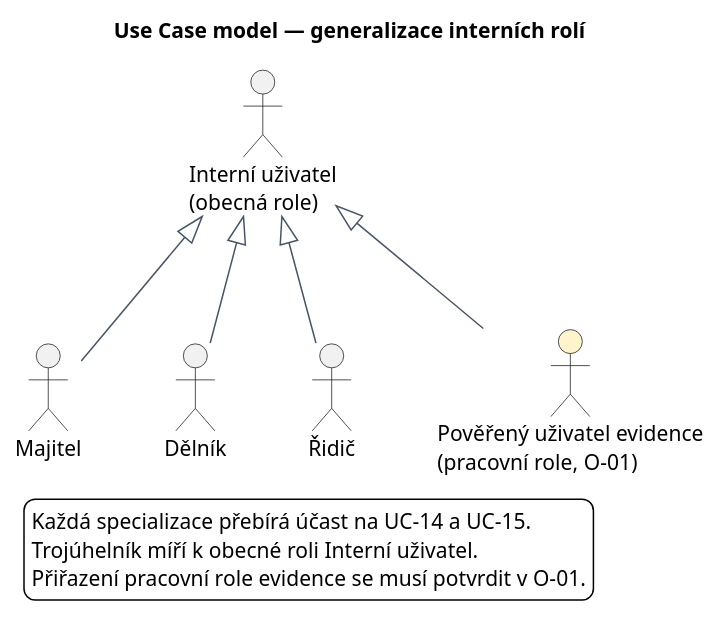
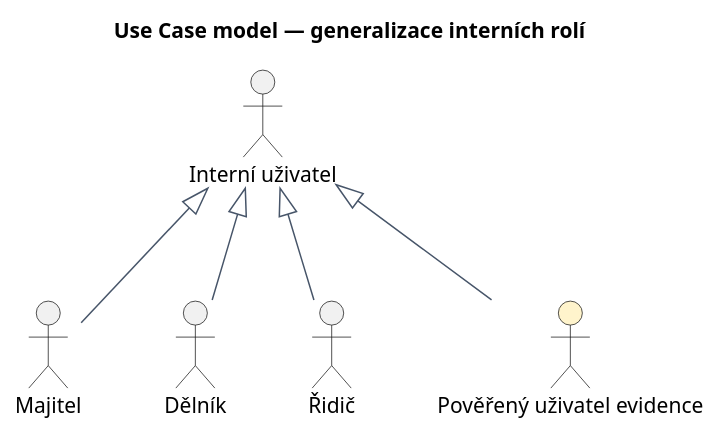
Before and after one commit to ku3m0v/nnpsw-delivery-planning: the diagram in diagrams/use-case/actor-generalization.puml, drawn with PlantUML. The commit also changed 5 other files, not shown here.

```diff
--- a/diagrams/use-case/actor-generalization.puml
+++ b/diagrams/use-case/actor-generalization.puml
@@ -1,37 +1,32 @@
 @startuml
 top to bottom direction
 
 skinparam backgroundColor white
 skinparam defaultFontName SansSerif
 skinparam defaultFontSize 14
 skinparam shadowing false
 skinparam actorStyle stickman
 skinparam linetype polyline
 skinparam nodesep 55
 skinparam ranksep 75
 skinparam ArrowColor #475569
 
 title Use Case model — generalizace interních rolí
 
-actor "Interní uživatel\n(obecná role)" as Employee
+actor "Interní uživatel" as Employee
 actor "Majitel" as Owner
 actor "Dělník" as Worker
 actor "Řidič" as Driver
-actor "Pověřený uživatel evidence\n(pracovní role, O-01)" as RecordsUser #FFF4CC
+actor "Pověřený uživatel evidence" as RecordsUser #FFF4CC
 
 Employee <|-- Owner
 Employee <|-- Worker
 Employee <|-- Driver
 Employee <|-- RecordsUser
 
 ' Hidden links give the specialized roles a stable left-to-right order.
 Owner -[hidden]right- Worker
 Worker -[hidden]right- Driver
 Driver -[hidden]right- RecordsUser
 
-legend bottom left
-  Každá specializace přebírá účast na UC-14 a UC-15.
-  Trojúhelník míří k obecné roli Interní uživatel.
-  Přiřazení pracovní role evidence se musí potvrdit v O-01.
-endlegend
 @enduml
```
